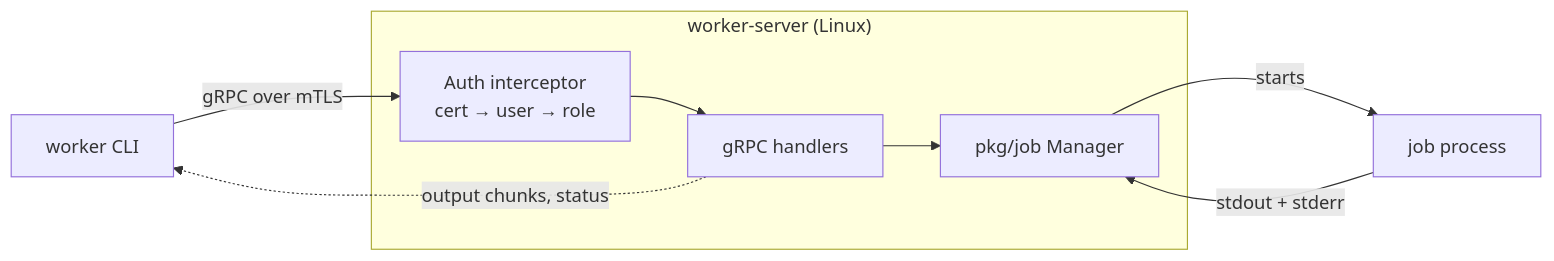
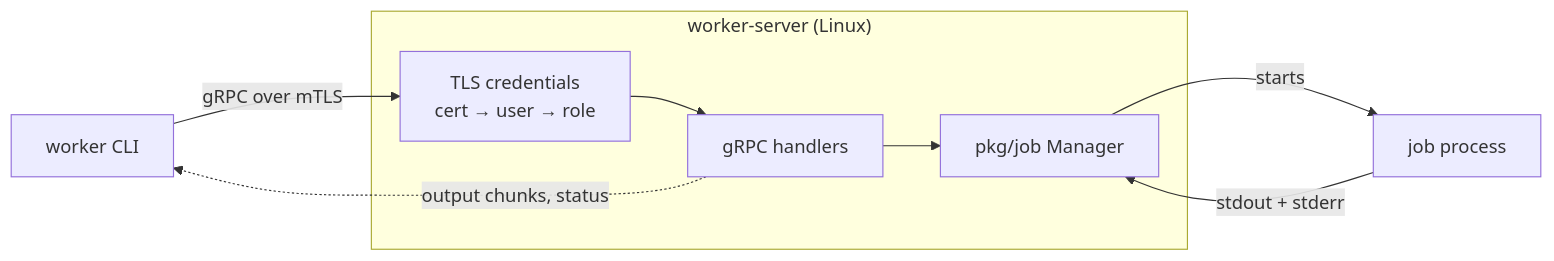
The first of 2 diagrams in docs/design.md (jimmytsang/api_linux_jimmy), drawn with Mermaid before and after one commit. The commit also changed other lines of this file and 9 other files, not shown here.

````diff
--- a/docs/design.md
+++ b/docs/design.md
@@ -43,11 +43,11 @@
 ```mermaid
 flowchart LR
     CLI["worker CLI"] -- "gRPC over mTLS" --> Auth
     subgraph Server["worker-server (Linux)"]
-        Auth["Auth interceptor<br/>cert → user → role"] --> API["gRPC handlers"]
+        Auth["TLS credentials<br/>cert → user → role"] --> API["gRPC handlers"]
         API --> Lib["pkg/job Manager"]
     end
     Lib -- "starts" --> Proc["job process"]
     Proc -- "stdout + stderr" --> Lib
     API -. "output chunks, status" .-> CLI
 ```
````
